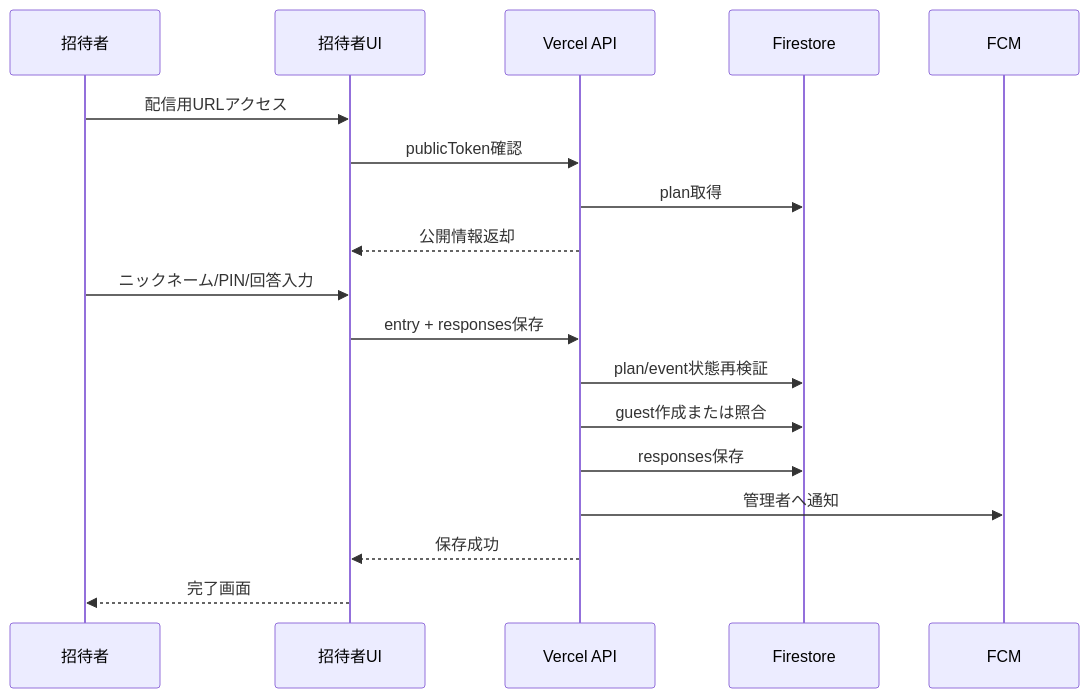
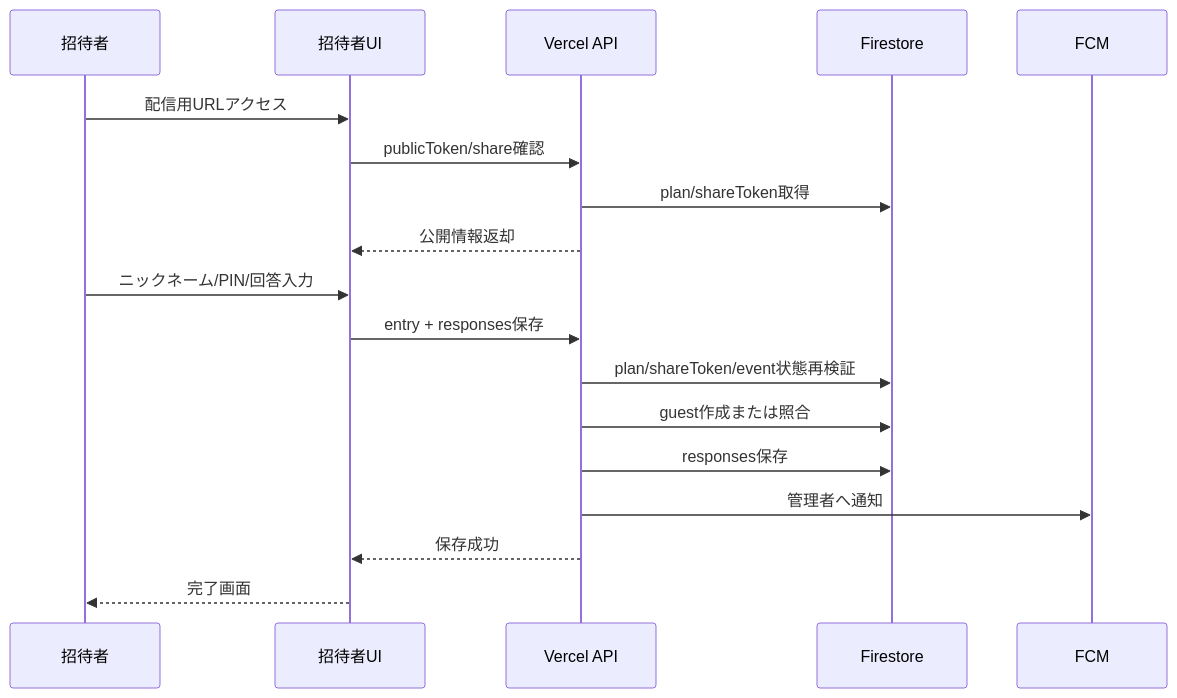
Before and after one commit to Bamboosato/rsvp-manager-app: the fourth of 5 diagrams in docs/system-design.md, drawn with Mermaid. The commit also changed other lines of this file and 22 other files, not shown here.

````diff
--- a/docs/system-design.md
+++ b/docs/system-design.md
@@ -370,20 +400,20 @@
 ```mermaid
 sequenceDiagram
   participant G as 招待者
   participant UI as 招待者UI
   participant API as Vercel API
   participant DB as Firestore
   participant FCM as FCM
   G->>UI: 配信用URLアクセス
-  UI->>API: publicToken確認
-  API->>DB: plan取得
+  UI->>API: publicToken/share確認
+  API->>DB: plan/shareToken取得
   API-->>UI: 公開情報返却
   G->>UI: ニックネーム/PIN/回答入力
   UI->>API: entry + responses保存
-  API->>DB: plan/event状態再検証
+  API->>DB: plan/shareToken/event状態再検証
   API->>DB: guest作成または照合
   API->>DB: responses保存
   API->>FCM: 管理者へ通知
   API-->>UI: 保存成功
   UI-->>G: 完了画面
 ```
````
